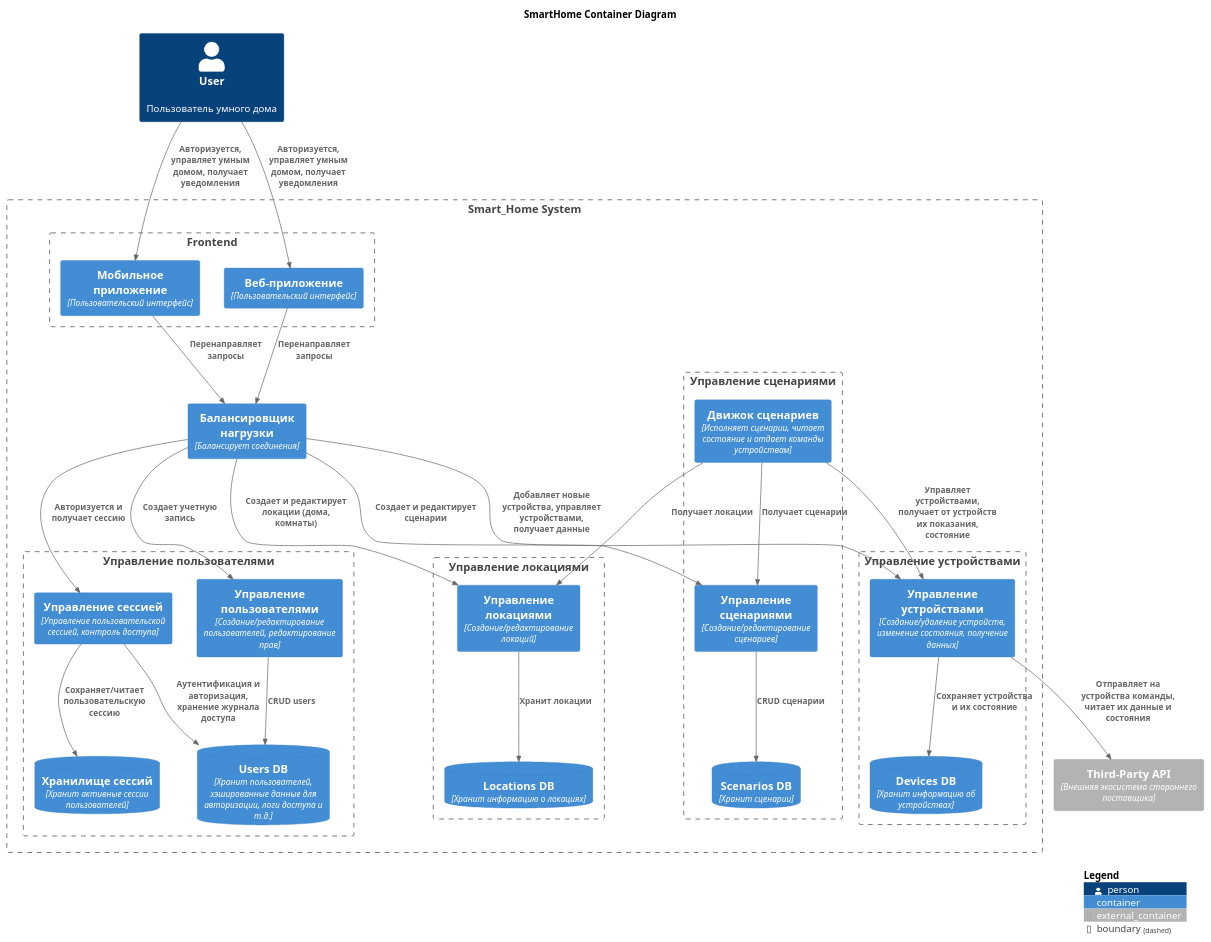
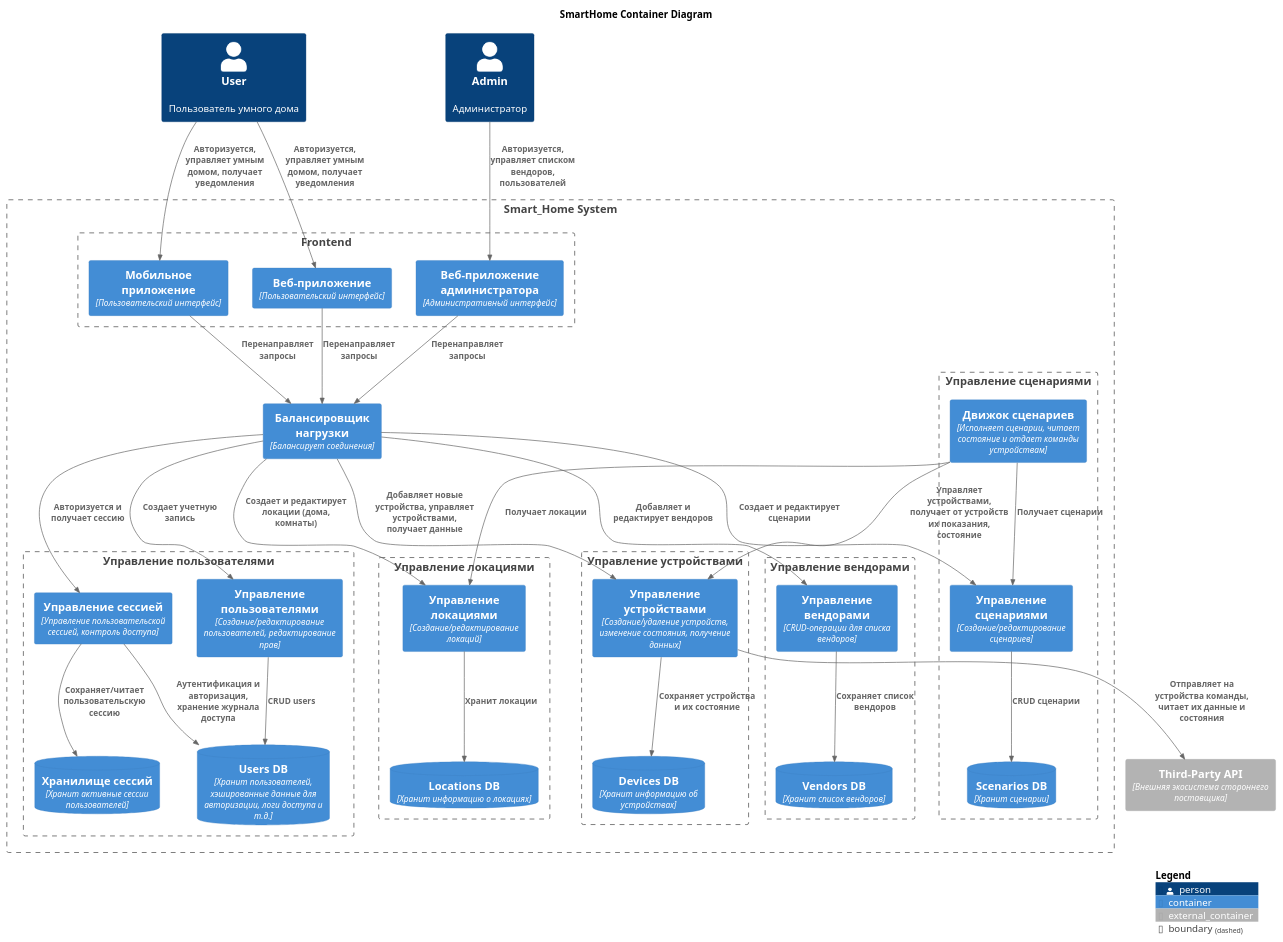
One commit to aputintsev/architecture-warmhouse changed the diagram in docs/plantuml/Containers_ToBe.puml. Above: the diagram before and after it, drawn with PlantUML. The commit also changed 8 other files, not shown here.

Commit message:
add more diagrams

```diff
--- a/docs/plantuml/Containers_ToBe.puml
+++ b/docs/plantuml/Containers_ToBe.puml
@@ -1,61 +1,72 @@
 @startuml
 title SmartHome Container Diagram
 
 !include <C4/C4_Container>
 'LAYOUT_LANDSCAPE()
 
 Person(user, "User", "Пользователь умного дома")
+Person(admin, "Admin", "Администратор")
 
 Boundary(smartHomeSystem, "Smart_Home System") {
     Boundary(frontend, "Frontend") {
         Container(mobileApp, "Мобильное приложение", "Пользовательский интерфейс")
         Container(webApp, "Веб-приложение", "Пользовательский интерфейс")
+        Container(backofficeApp, "Веб-приложение администратора", "Административный интерфейс")
     }
     Container(loadBalancer, "Балансировщик нагрузки", "Балансирует соединения")
+    Boundary(manageVendorsSystem, "Управление вендорами") {
+        Container(vendorManagement, "Управление вендорами", "CRUD-операции для списка вендоров")
+        ContainerDb(vendorsDb, "Vendors DB", "Хранит список вендоров")
+    }
     Boundary(manageUsersSystem, "Управление пользователями") {
         Container(userManagement, "Управление пользователями", "Создание/редактирование пользователей, редактирование прав")
         ContainerDb(usersDb, "Users DB", "Хранит пользователей, хэшированные данные для авторизации, логи доступа и т.д.")
         Container(sessionManagement, "Управление сессией", "Управление пользовательской сессией, контроль доступа")
         ContainerDb(sessionDb, "Хранилище сессий", "Хранит активные сессии пользователей")
     }
     Boundary(manageScenarios, "Управление сценариями") {
         Container(scenarioEngine, "Движок сценариев", "Исполняет сценарии, читает состояние и отдает команды устройствам")
         Container(scenarioManagement, "Управление сценариями", "Создание/редактирование сценариев")
         ContainerDb(scenariosDb, "Scenarios DB", "Хранит сценарии")
     }
     Boundary(manageDevices, "Управление устройствами") {
         Container(deviceManagement, "Управление устройствами", "Создание/удаление устройств, изменение состояния, получение данных")
         ContainerDb(devicesDb, "Devices DB", "Хранит информацию об устройствах")
     }
     Boundary(manageLocations, "Управление локациями") {
         Container(locationManagement, "Управление локациями", "Создание/редактирование локаций")
         ContainerDb(locationsDb, "Locations DB", "Хранит информацию о локациях")
     }
 }
 Container_Ext(externalApi, "Third-Party API", "Внешняя экосистема стороннего поставщика")
 
+Rel(admin, backofficeApp, "Авторизуется, управляет списком вендоров, пользователей")
 Rel(user, mobileApp, "Авторизуется, управляет умным домом, получает уведомления")
 Rel(user, webApp, "Авторизуется, управляет умным домом, получает уведомления")
 
 Rel(mobileApp, loadBalancer, "Перенаправляет запросы")
 Rel(webApp, loadBalancer, "Перенаправляет запросы")
+Rel(backofficeApp, loadBalancer, "Перенаправляет запросы")
+
 Rel(loadBalancer, userManagement, "Создает учетную запись")
 Rel(loadBalancer, sessionManagement, "Авторизуется и получает сессию")
 Rel(loadBalancer, scenarioManagement, "Создает и редактирует сценарии")
 Rel(loadBalancer, locationManagement, "Создает и редактирует локации (дома, комнаты)")
 Rel(loadBalancer, deviceManagement, "Добавляет новые устройства, управляет устройствами, получает данные")
+Rel(loadBalancer, vendorManagement, "Добавляет и редактирует вендоров")
 
 Rel(scenarioEngine, deviceManagement, "Управляет устройствами, получает от устройств их показания, состояние")
 Rel(scenarioEngine, locationManagement, "Получает локации")
 Rel(scenarioEngine, scenarioManagement, "Получает сценарии")
 
 Rel(deviceManagement, externalApi, "Отправляет на устройства команды, читает их данные и состояния")
 Rel(userManagement, usersDb, "CRUD users")
 Rel(sessionManagement, usersDb, "Аутентификация и авторизация, хранение журнала доступа")
 Rel(sessionManagement, sessionDb, "Сохраняет/читает пользовательскую сессию")
 Rel(scenarioManagement, scenariosDb, "CRUD сценарии")
 Rel(locationManagement, locationsDb, "Хранит локации")
 Rel(deviceManagement, devicesDb, "Сохраняет устройства и их состояние")
+Rel(vendorManagement, vendorsDb, "Сохраняет список вендоров")
 
 SHOW_LEGEND()
 @enduml
```
